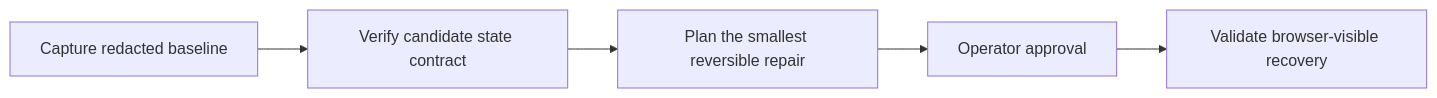
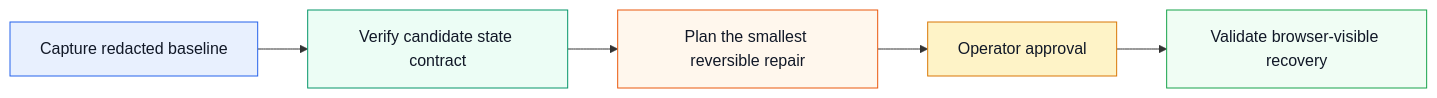
One commit to dragon43pp/dsh-ops-skill changed the diagram in README.md. Above: the diagram before and after it, drawn with Mermaid. The commit also changed other lines of this file and 2 other files, not shown here.

````diff
--- a/README.md
+++ b/README.md
@@ -15,7 +15,13 @@
-~~~mermaid
+```mermaid
 flowchart LR
     A[Capture redacted baseline] --> B[Verify candidate state contract]
     B --> C[Plan the smallest reversible repair]
     C --> D[Operator approval]
     D --> E[Validate browser-visible recovery]
-~~~
+
+    style A fill:#E8F0FE,stroke:#2563EB,color:#111827
+    style B fill:#ECFDF5,stroke:#059669,color:#111827
+    style C fill:#FFF7ED,stroke:#EA580C,color:#111827
+    style D fill:#FEF3C7,stroke:#D97706,color:#111827
+    style E fill:#F0FDF4,stroke:#16A34A,color:#111827
+```
````
